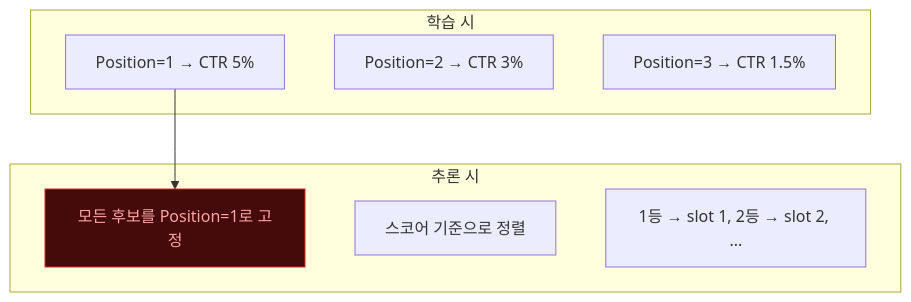
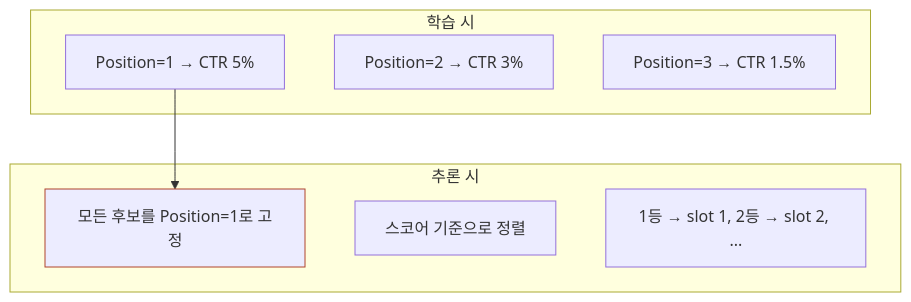
Before and after one commit to chkimsu/adtech-blog: the fifth of 5 diagrams in posts/ad-log-system.md, drawn with Mermaid. The commit also changed other lines of this file and 40 other files, not shown here.

````diff
--- a/posts/ad-log-system.md
+++ b/posts/ad-log-system.md
@@ -364,17 +364,17 @@
 ```mermaid
 graph TD
     subgraph "학습 시"
         T1["Position=1 → CTR 5%"] 
         T2["Position=2 → CTR 3%"]
         T3["Position=3 → CTR 1.5%"]
     end
 
     subgraph "추론 시"
         I1["모든 후보를 Position=1로 고정"]
         I2["스코어 기준으로 정렬"]
         I3["1등 → slot 1, 2등 → slot 2, ..."]
     end
 
     T1 --> I1
-    style I1 fill:#450a0a,stroke:#dc2626,color:#fca5a5
+    style I1 stroke:#b0442c
 ```
````
